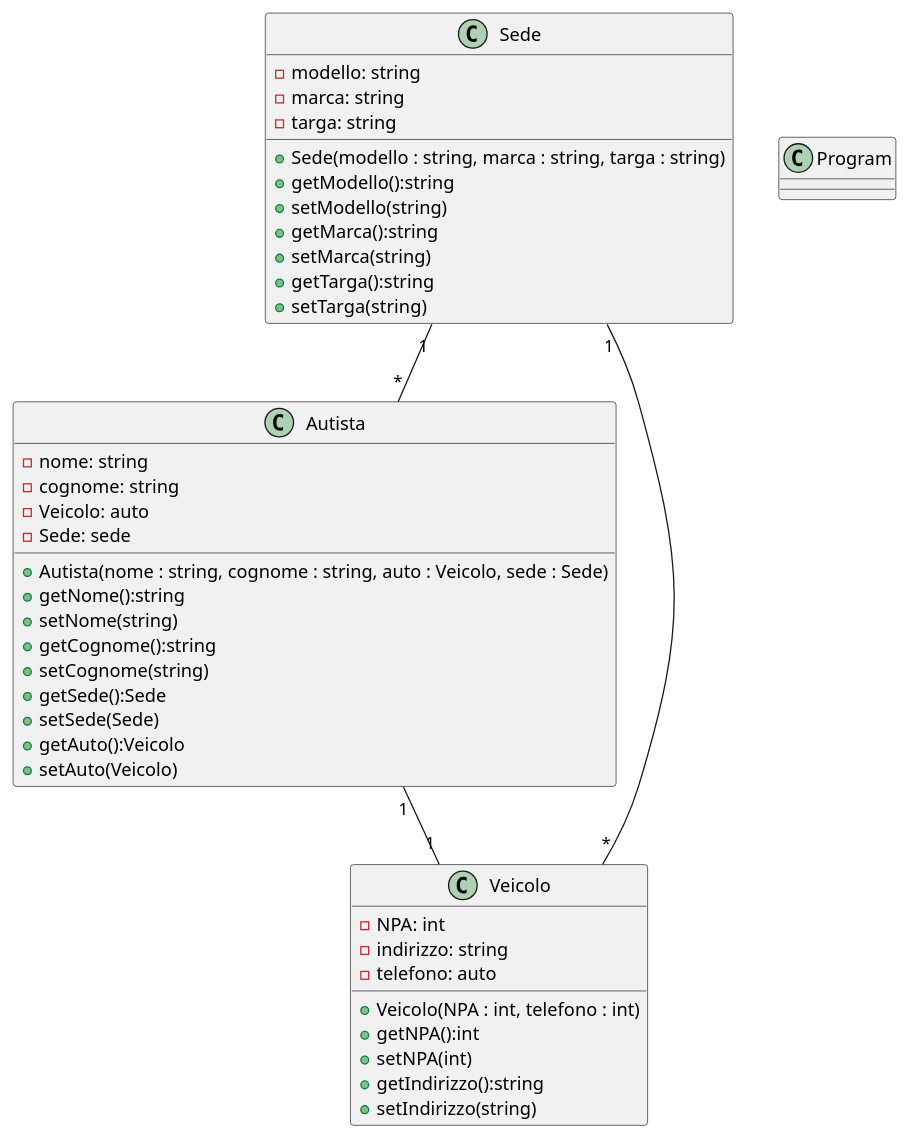
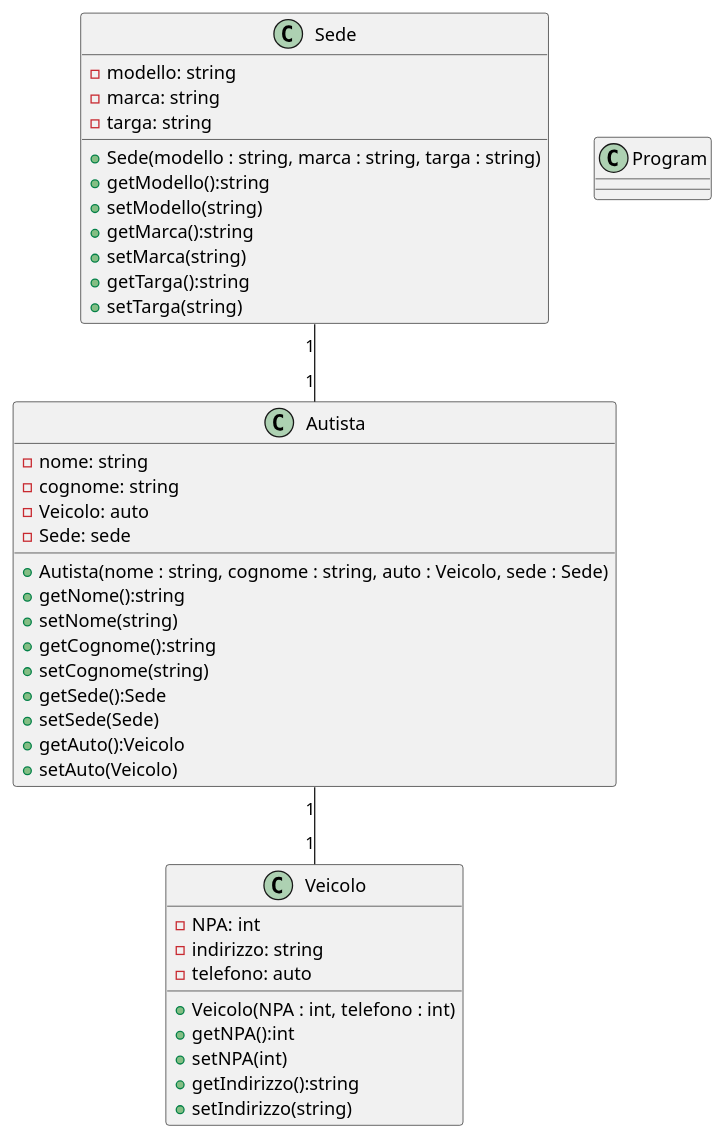
The diagram in Esercizi/OOP - 02/15 - Autista/Autista/src/Classe.puml (LiamPana/226A), drawn with PlantUML before and after one commit. The commit also changed 3 other files, not shown here.

```diff
--- a/Esercizi/OOP - 02/15 - Autista/Autista/src/Classe.puml
+++ b/Esercizi/OOP - 02/15 - Autista/Autista/src/Classe.puml
@@ -1,50 +1,49 @@
 @startuml
 class Autista {
  -nome: string
  -cognome: string
  -Veicolo: auto
  -Sede: sede
  +Autista(nome : string, cognome : string, auto : Veicolo, sede : Sede)
  +getNome():string
  +setNome(string)
  +getCognome():string
  +setCognome(string)
  +getSede():Sede
  +setSede(Sede)
  +getAuto():Veicolo
  +setAuto(Veicolo)
 }
 class Sede {
  -modello: string
  -marca: string
  -targa: string
  +Sede(modello : string, marca : string, targa : string)
  +getModello():string
  +setModello(string)
  +getMarca():string
  +setMarca(string)
  +getTarga():string
  +setTarga(string)
 }
 class Veicolo {
  -NPA: int
  -indirizzo: string
  -telefono: auto
  +Veicolo(NPA : int, telefono : int)
  +getNPA():int
  +setNPA(int)
  +getIndirizzo():string
  +setIndirizzo(string)
 }
 
 class Program {
 }
 Autista "1"--"1" Veicolo
-Sede "1"--"*" Autista
-Sede "1"--"*" Veicolo
+Sede "1"--"1" Autista
 
 
 
 
 
 @enduml
```
